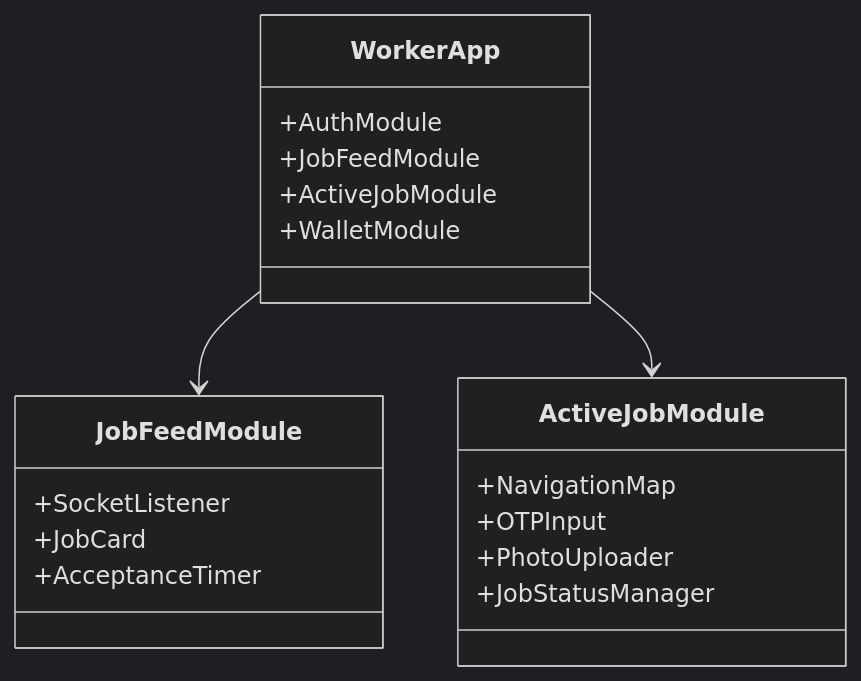
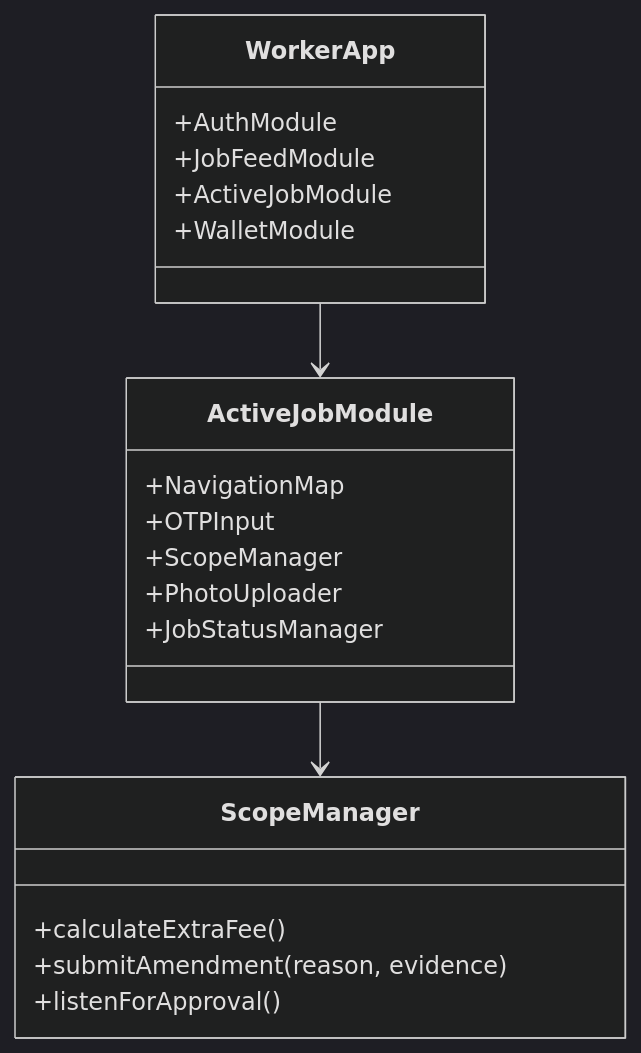
Before and after one commit to Somilg11/oddigo-v2: the second of 3 diagrams in docs_detailed_flows/detailed/LLD.md, drawn with Mermaid (dark theme). The commit also changed other lines of this file and 4 other files, not shown here.

````diff
--- a/docs_detailed_flows/detailed/LLD.md
+++ b/docs_detailed_flows/detailed/LLD.md
@@ -38,25 +45,26 @@
 ```mermaid
 classDiagram
     class WorkerApp {
         +AuthModule
         +JobFeedModule
         +ActiveJobModule
         +WalletModule
     }
 
-    class JobFeedModule {
-        +SocketListener
-        +JobCard
-        +AcceptanceTimer
-    }
-
     class ActiveJobModule {
         +NavigationMap
         +OTPInput
+        +ScopeManager
         +PhotoUploader
         +JobStatusManager
     }
+    
+    class ScopeManager {
+        +calculateExtraFee()
+        +submitAmendment(reason, evidence)
+        +listenForApproval()
+    }
 
-    WorkerApp --> JobFeedModule
     WorkerApp --> ActiveJobModule
+    ActiveJobModule --> ScopeManager
 ```
````
